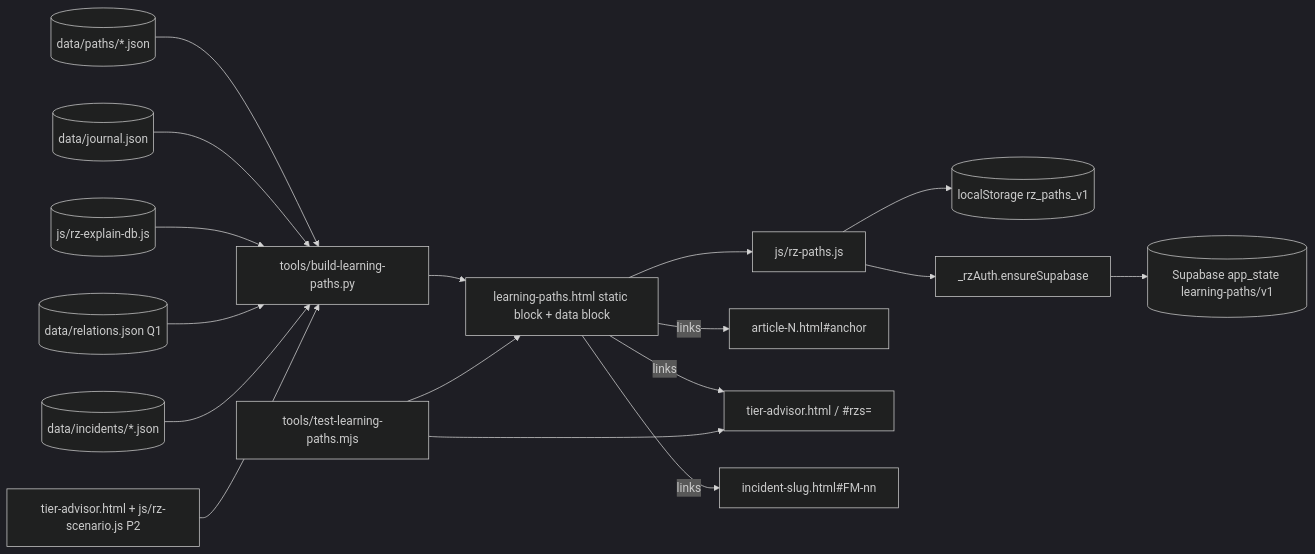
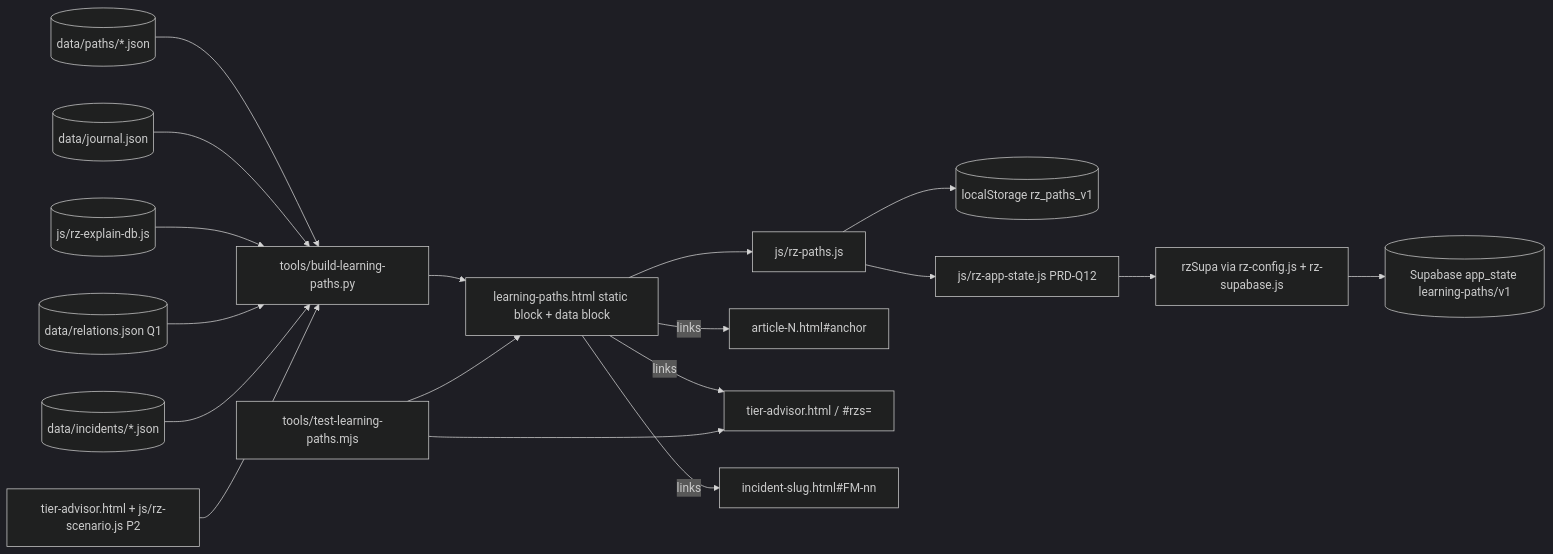
Before and after one commit to baguspermana7-cpu/bfrfranco.github.io: the third of 4 diagrams in documentation/product-transformation/02-prds/PRD-Q17/PRD.md, drawn with Mermaid (dark theme). The commit also changed other lines of this file and 9 other files, not shown here.

````diff
--- a/documentation/product-transformation/02-prds/PRD-Q17/PRD.md
+++ b/documentation/product-transformation/02-prds/PRD-Q17/PRD.md
@@ -691,18 +717,18 @@
 ```mermaid
 flowchart LR
   PJ[(data/paths/*.json)] --> B[tools/build-learning-paths.py]
   J[(data/journal.json)] --> B
   E[(js/rz-explain-db.js)] --> B
   R[(data/relations.json Q1)] --> B
   I[(data/incidents/*.json)] --> B
   C[tier-advisor.html + js/rz-scenario.js P2] --> B
   B --> P[learning-paths.html static block + data block]
   P --> M[js/rz-paths.js]
   M --> LS[(localStorage rz_paths_v1)]
-  M --> A[_rzAuth.ensureSupabase] --> S[(Supabase app_state learning-paths/v1)]
+  M --> AS[js/rz-app-state.js PRD-Q12] --> RS[rzSupa via rz-config.js + rz-supabase.js] --> S[(Supabase app_state learning-paths/v1)]
   P -->|links| ART[article-N.html#anchor]
   P -->|links| CALC[tier-advisor.html / #rzs=]
   P -->|links| INC[incident-slug.html#FM-nn]
   G[tools/test-learning-paths.mjs] --> P
   G --> CALC
 ```
````
